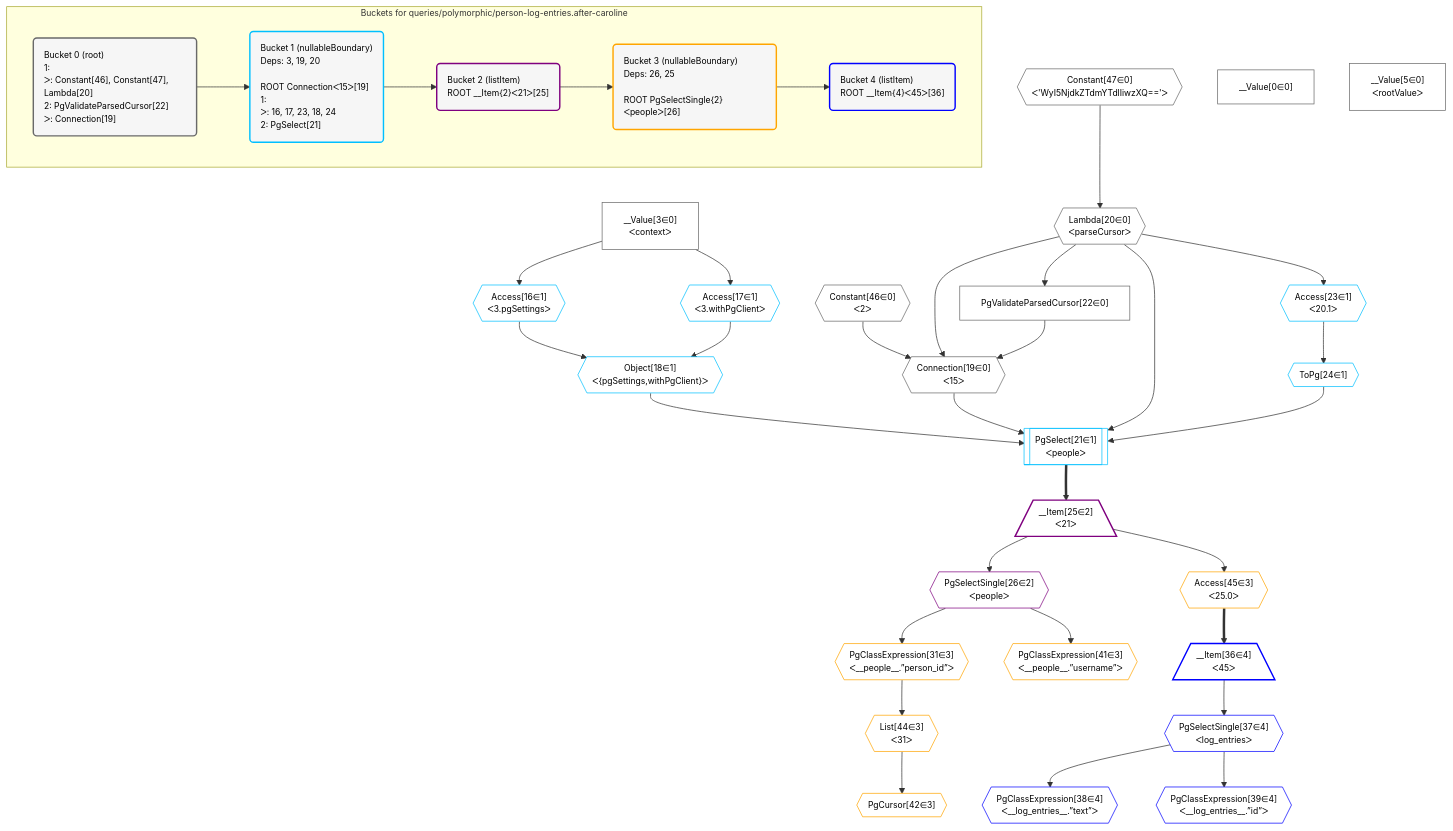
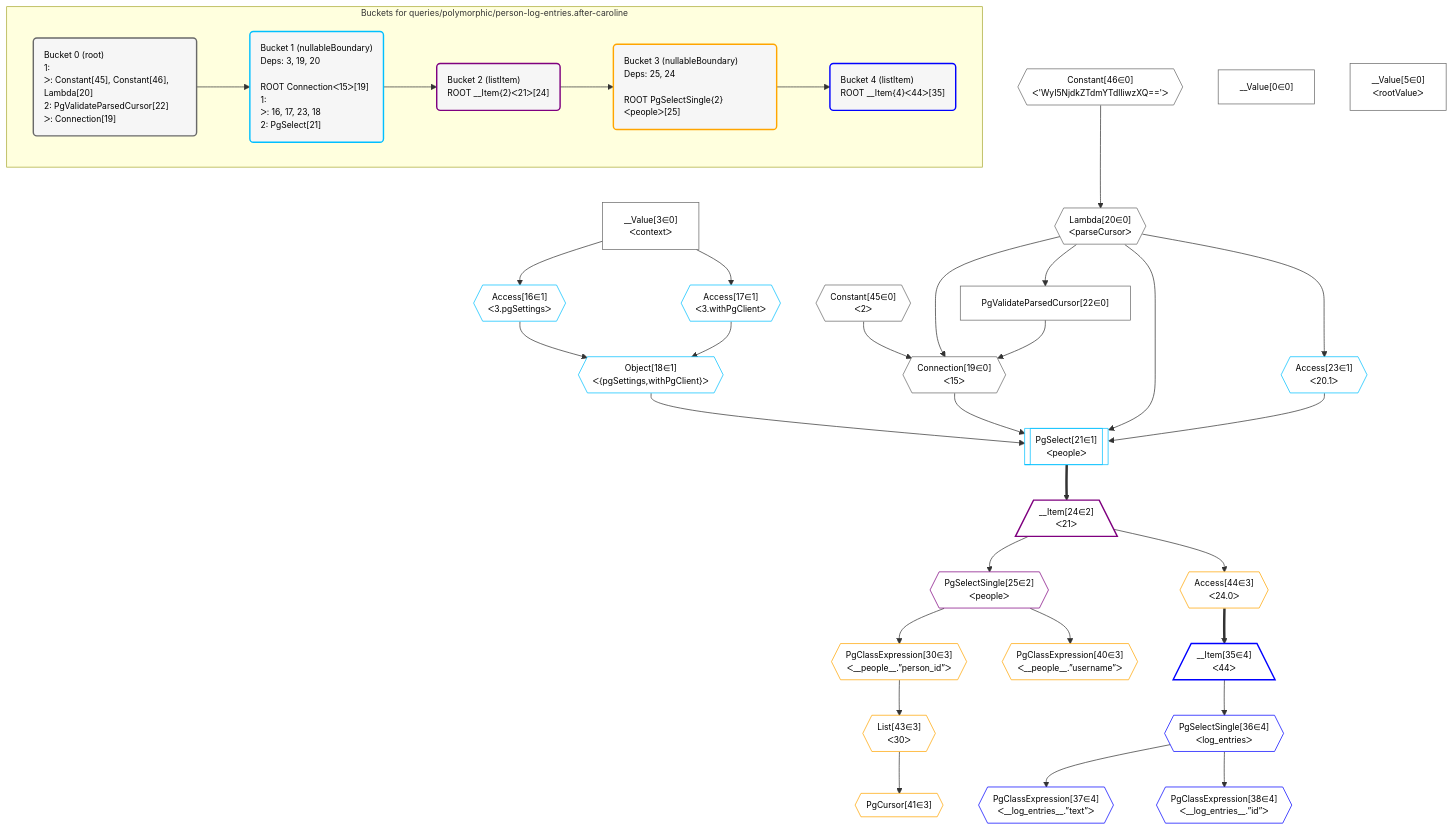
The diagram in postgraphile/postgraphile/__tests__/queries/polymorphic/person-log-entries.after-caroline.mermaid (graphile/crystal), drawn with Mermaid before and after one commit. The commit also changed 3 other files, not shown here.

```diff
--- a/postgraphile/postgraphile/__tests__/queries/polymorphic/person-log-entries.after-caroline.mermaid
+++ b/postgraphile/postgraphile/__tests__/queries/polymorphic/person-log-entries.after-caroline.mermaid
@@ -1,80 +1,78 @@
 %%{init: {'themeVariables': { 'fontSize': '12px'}}}%%
 graph TD
     classDef path fill:#eee,stroke:#000,color:#000
     classDef plan fill:#fff,stroke-width:1px,color:#000
     classDef itemplan fill:#fff,stroke-width:2px,color:#000
     classDef unbatchedplan fill:#dff,stroke-width:1px,color:#000
     classDef sideeffectplan fill:#fcc,stroke-width:2px,color:#000
     classDef bucket fill:#f6f6f6,color:#000,stroke-width:2px,text-align:left
 
 
     %% plan dependencies
     Connection19{{"Connection[19∈0]<br />ᐸ15ᐳ"}}:::plan
-    Constant46{{"Constant[46∈0]<br />ᐸ2ᐳ"}}:::plan
+    Constant45{{"Constant[45∈0]<br />ᐸ2ᐳ"}}:::plan
     Lambda20{{"Lambda[20∈0]<br />ᐸparseCursorᐳ"}}:::plan
     PgValidateParsedCursor22["PgValidateParsedCursor[22∈0]"]:::plan
-    Constant46 & Lambda20 & PgValidateParsedCursor22 --> Connection19
-    Constant47{{"Constant[47∈0]<br />ᐸ'WyI5NjdkZTdmYTdlIiwzXQ=='ᐳ"}}:::plan
-    Constant47 --> Lambda20
+    Constant45 & Lambda20 & PgValidateParsedCursor22 --> Connection19
+    Constant46{{"Constant[46∈0]<br />ᐸ'WyI5NjdkZTdmYTdlIiwzXQ=='ᐳ"}}:::plan
+    Constant46 --> Lambda20
     Lambda20 --> PgValidateParsedCursor22
     __Value0["__Value[0∈0]"]:::plan
     __Value3["__Value[3∈0]<br />ᐸcontextᐳ"]:::plan
     __Value5["__Value[5∈0]<br />ᐸrootValueᐳ"]:::plan
     PgSelect21[["PgSelect[21∈1]<br />ᐸpeopleᐳ"]]:::plan
     Object18{{"Object[18∈1]<br />ᐸ{pgSettings,withPgClient}ᐳ"}}:::plan
-    ToPg24{{"ToPg[24∈1]"}}:::plan
-    Object18 & Connection19 & Lambda20 & ToPg24 --> PgSelect21
+    Access23{{"Access[23∈1]<br />ᐸ20.1ᐳ"}}:::plan
+    Object18 & Connection19 & Lambda20 & Access23 --> PgSelect21
     Access16{{"Access[16∈1]<br />ᐸ3.pgSettingsᐳ"}}:::plan
     Access17{{"Access[17∈1]<br />ᐸ3.withPgClientᐳ"}}:::plan
     Access16 & Access17 --> Object18
     __Value3 --> Access16
     __Value3 --> Access17
-    Access23{{"Access[23∈1]<br />ᐸ20.1ᐳ"}}:::plan
     Lambda20 --> Access23
-    Access23 --> ToPg24
-    __Item25[/"__Item[25∈2]<br />ᐸ21ᐳ"\]:::itemplan
-    PgSelect21 ==> __Item25
-    PgSelectSingle26{{"PgSelectSingle[26∈2]<br />ᐸpeopleᐳ"}}:::plan
-    __Item25 --> PgSelectSingle26
-    PgClassExpression31{{"PgClassExpression[31∈3]<br />ᐸ__people__.”person_id”ᐳ"}}:::plan
-    PgSelectSingle26 --> PgClassExpression31
-    PgClassExpression41{{"PgClassExpression[41∈3]<br />ᐸ__people__.”username”ᐳ"}}:::plan
-    PgSelectSingle26 --> PgClassExpression41
-    PgCursor42{{"PgCursor[42∈3]"}}:::plan
-    List44{{"List[44∈3]<br />ᐸ31ᐳ"}}:::plan
-    List44 --> PgCursor42
-    PgClassExpression31 --> List44
-    Access45{{"Access[45∈3]<br />ᐸ25.0ᐳ"}}:::plan
-    __Item25 --> Access45
-    __Item36[/"__Item[36∈4]<br />ᐸ45ᐳ"\]:::itemplan
-    Access45 ==> __Item36
-    PgSelectSingle37{{"PgSelectSingle[37∈4]<br />ᐸlog_entriesᐳ"}}:::plan
-    __Item36 --> PgSelectSingle37
-    PgClassExpression38{{"PgClassExpression[38∈4]<br />ᐸ__log_entries__.”text”ᐳ"}}:::plan
-    PgSelectSingle37 --> PgClassExpression38
-    PgClassExpression39{{"PgClassExpression[39∈4]<br />ᐸ__log_entries__.”id”ᐳ"}}:::plan
-    PgSelectSingle37 --> PgClassExpression39
+    __Item24[/"__Item[24∈2]<br />ᐸ21ᐳ"\]:::itemplan
+    PgSelect21 ==> __Item24
+    PgSelectSingle25{{"PgSelectSingle[25∈2]<br />ᐸpeopleᐳ"}}:::plan
+    __Item24 --> PgSelectSingle25
+    PgClassExpression30{{"PgClassExpression[30∈3]<br />ᐸ__people__.”person_id”ᐳ"}}:::plan
+    PgSelectSingle25 --> PgClassExpression30
+    PgClassExpression40{{"PgClassExpression[40∈3]<br />ᐸ__people__.”username”ᐳ"}}:::plan
+    PgSelectSingle25 --> PgClassExpression40
+    PgCursor41{{"PgCursor[41∈3]"}}:::plan
+    List43{{"List[43∈3]<br />ᐸ30ᐳ"}}:::plan
+    List43 --> PgCursor41
+    PgClassExpression30 --> List43
+    Access44{{"Access[44∈3]<br />ᐸ24.0ᐳ"}}:::plan
+    __Item24 --> Access44
+    __Item35[/"__Item[35∈4]<br />ᐸ44ᐳ"\]:::itemplan
+    Access44 ==> __Item35
+    PgSelectSingle36{{"PgSelectSingle[36∈4]<br />ᐸlog_entriesᐳ"}}:::plan
+    __Item35 --> PgSelectSingle36
+    PgClassExpression37{{"PgClassExpression[37∈4]<br />ᐸ__log_entries__.”text”ᐳ"}}:::plan
+    PgSelectSingle36 --> PgClassExpression37
+    PgClassExpression38{{"PgClassExpression[38∈4]<br />ᐸ__log_entries__.”id”ᐳ"}}:::plan
+    PgSelectSingle36 --> PgClassExpression38
 
     %% define steps
 
     subgraph "Buckets for queries/polymorphic/person-log-entries.after-caroline"
-    Bucket0("Bucket 0 (root)<br />1: <br />ᐳ: Constant[46], Constant[47], Lambda[20]<br />2: PgValidateParsedCursor[22]<br />ᐳ: Connection[19]"):::bucket
+    Bucket0("Bucket 0 (root)<br />1: <br />ᐳ: Constant[45], Constant[46], Lambda[20]<br />2: PgValidateParsedCursor[22]<br />ᐳ: Connection[19]"):::bucket
     classDef bucket0 stroke:#696969
-    class Bucket0,__Value0,__Value3,__Value5,Connection19,Lambda20,PgValidateParsedCursor22,Constant46,Constant47 bucket0
-    Bucket1("Bucket 1 (nullableBoundary)<br />Deps: 3, 19, 20<br /><br />ROOT Connectionᐸ15ᐳ[19]<br />1: <br />ᐳ: 16, 17, 23, 18, 24<br />2: PgSelect[21]"):::bucket
+    class Bucket0,__Value0,__Value3,__Value5,Connection19,Lambda20,PgValidateParsedCursor22,Constant45,Constant46 bucket0
+    Bucket1("Bucket 1 (nullableBoundary)<br />Deps: 3, 19, 20<br /><br />ROOT Connectionᐸ15ᐳ[19]<br />1: <br />ᐳ: 16, 17, 23, 18<br />2: PgSelect[21]"):::bucket
     classDef bucket1 stroke:#00bfff
-    class Bucket1,Access16,Access17,Object18,PgSelect21,Access23,ToPg24 bucket1
-    Bucket2("Bucket 2 (listItem)<br />ROOT __Item{2}ᐸ21ᐳ[25]"):::bucket
+    class Bucket1,Access16,Access17,Object18,PgSelect21,Access23 bucket1
+    Bucket2("Bucket 2 (listItem)<br />ROOT __Item{2}ᐸ21ᐳ[24]"):::bucket
     classDef bucket2 stroke:#7f007f
-    class Bucket2,__Item25,PgSelectSingle26 bucket2
-    Bucket3("Bucket 3 (nullableBoundary)<br />Deps: 26, 25<br /><br />ROOT PgSelectSingle{2}ᐸpeopleᐳ[26]"):::bucket
+    class Bucket2,__Item24,PgSelectSingle25 bucket2
+    Bucket3("Bucket 3 (nullableBoundary)<br />Deps: 25, 24<br /><br />ROOT PgSelectSingle{2}ᐸpeopleᐳ[25]"):::bucket
     classDef bucket3 stroke:#ffa500
-    class Bucket3,PgClassExpression31,PgClassExpression41,PgCursor42,List44,Access45 bucket3
-    Bucket4("Bucket 4 (listItem)<br />ROOT __Item{4}ᐸ45ᐳ[36]"):::bucket
+    class Bucket3,PgClassExpression30,PgClassExpression40,PgCursor41,List43,Access44 bucket3
+    Bucket4("Bucket 4 (listItem)<br />ROOT __Item{4}ᐸ44ᐳ[35]"):::bucket
     classDef bucket4 stroke:#0000ff
-    class Bucket4,__Item36,PgSelectSingle37,PgClassExpression38,PgClassExpression39 bucket4
+    class Bucket4,__Item35,PgSelectSingle36,PgClassExpression37,PgClassExpression38 bucket4
     Bucket0 --> Bucket1
     Bucket1 --> Bucket2
     Bucket2 --> Bucket3
     Bucket3 --> Bucket4
     end
```
